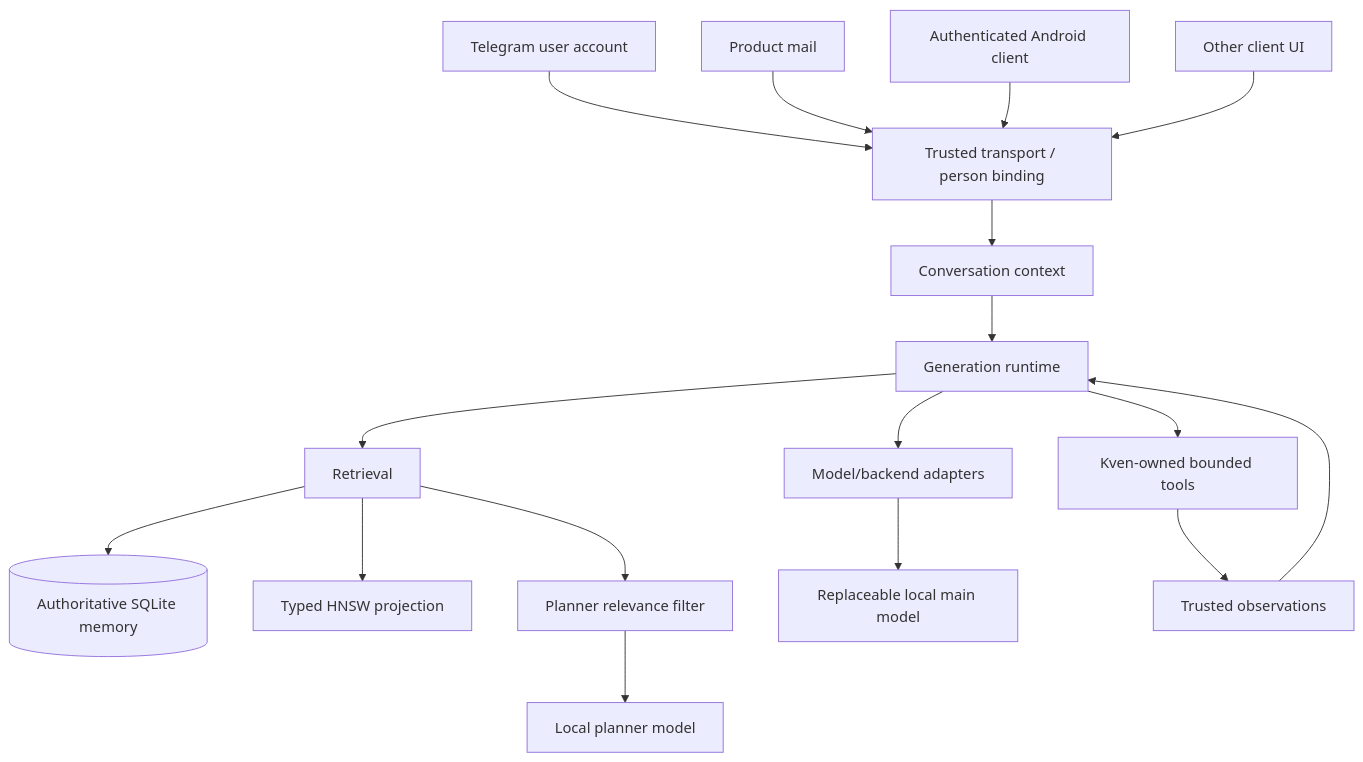
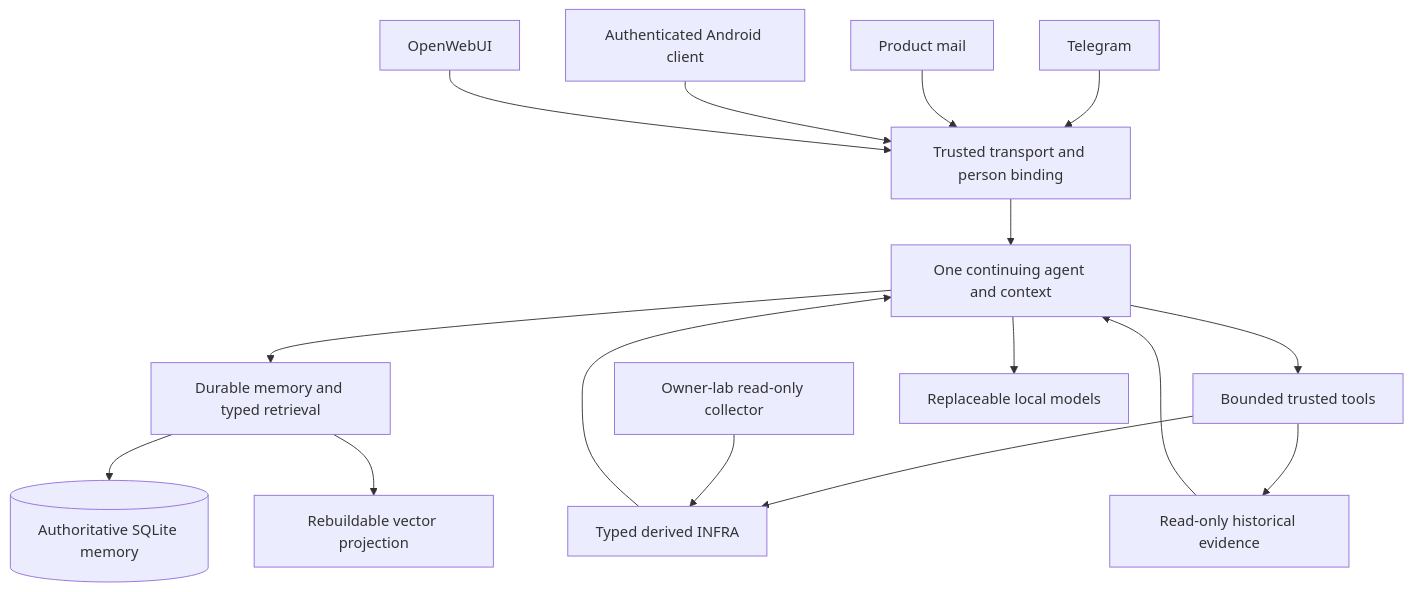
Before and after one commit to eugene-kuris/Kven-II: the diagram in README.md, drawn with Mermaid. The commit also changed other lines of this file and 1 other file, not shown here.

Commit message:
docs: refresh truthful Kven II Oct 2026 public projection

````diff
--- a/README.md
+++ b/README.md
@@ -88,23 +89,18 @@
 ```mermaid
 flowchart TD
-    TG[Telegram user account] --> Identity[Trusted transport / person binding]
+    TG[Telegram] --> Identity[Trusted transport and person binding]
     Mail[Product mail] --> Identity
     Android[Authenticated Android client] --> Identity
-    UI[Other client UI] --> Identity
-
-    Identity --> Context[Conversation context]
-    Context --> Runtime[Generation runtime]
-
-    Runtime --> Retrieval[Retrieval]
-    Retrieval --> SQLite[(Authoritative SQLite memory)]
-    Retrieval --> HNSW[Typed HNSW projection]
-    Retrieval --> Reranker[Planner relevance filter]
-
-    Runtime --> Adapters[Model/backend adapters]
-    Adapters --> Main[Replaceable local main model]
-    Reranker --> Planner[Local planner model]
-
-    Runtime --> Tools[Kven-owned bounded tools]
-    Tools --> Observations[Trusted observations]
-    Observations --> Runtime
+    UI[OpenWebUI] --> Identity
+    Identity --> Runtime[One continuing agent and context]
+    Runtime --> Memory[Durable memory and typed retrieval]
+    Memory --> SQLite[(Authoritative SQLite memory)]
+    Memory --> HNSW[Rebuildable vector projection]
+    Runtime --> Tools[Bounded trusted tools]
+    Tools --> INFRA[Typed derived INFRA]
+    Lab[Owner-lab read-only collector] --> INFRA
+    Tools --> Archive[Read-only historical evidence]
+    INFRA --> Runtime
+    Archive --> Runtime
+    Runtime --> Models[Replaceable local models]
 ```
````
